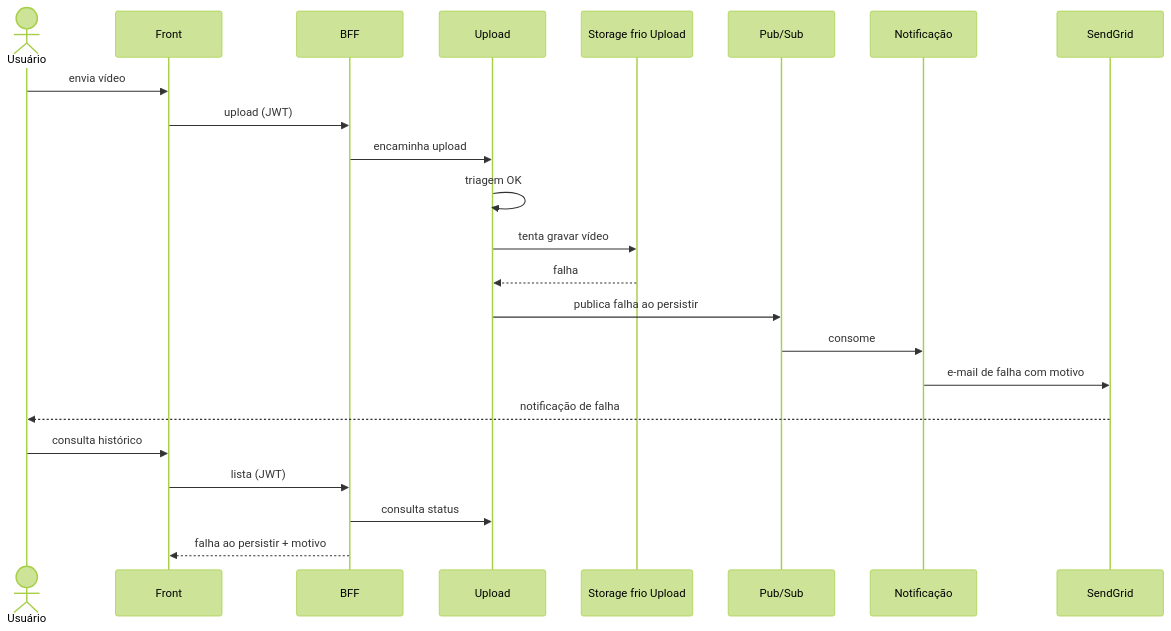
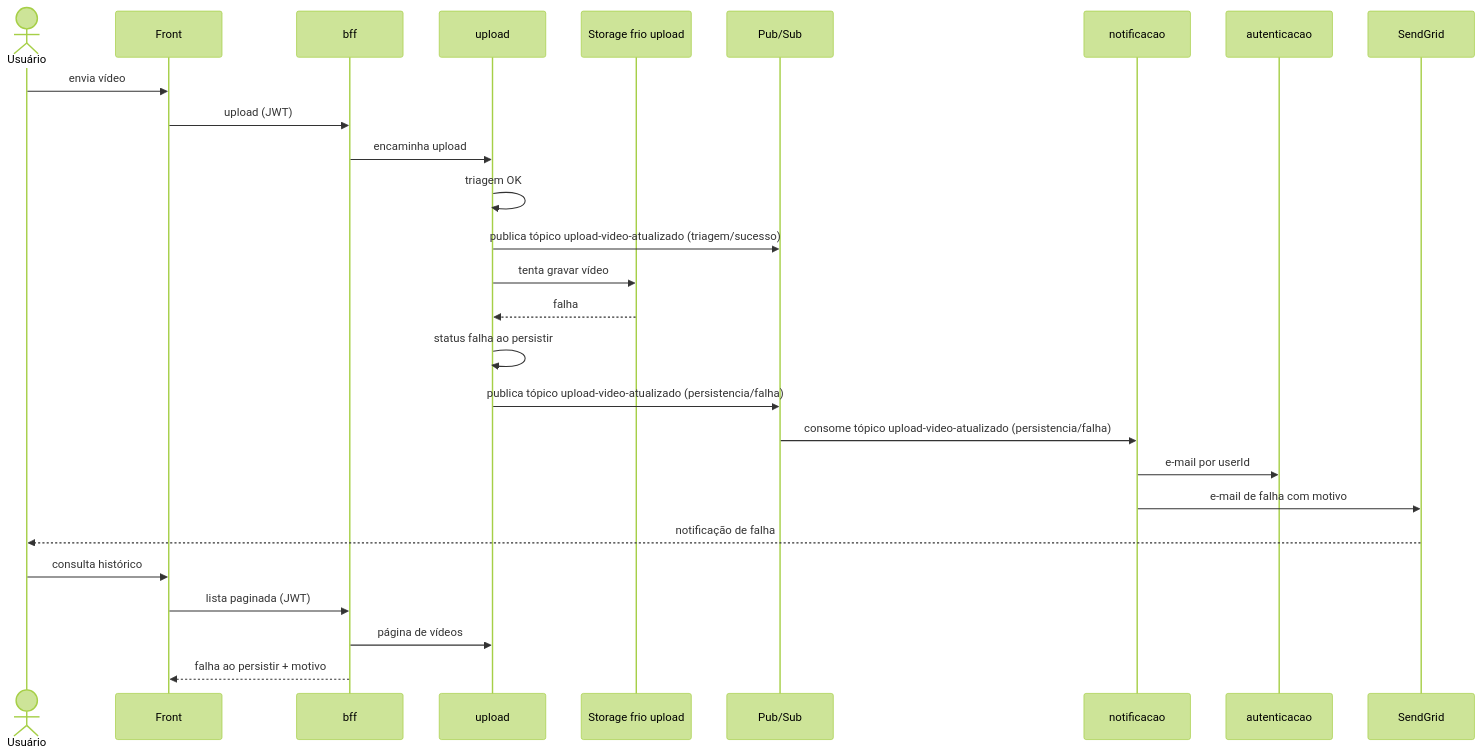
Before and after one commit to fiap-x-vcosta/docs: the diagram in fluxo-e-estados/04_falha-ao-persistir.md, drawn with Mermaid (forest theme). The commit also changed 38 other files, not shown here.

````diff
--- a/fluxo-e-estados/04_falha-ao-persistir.md
+++ b/fluxo-e-estados/04_falha-ao-persistir.md
@@ -1,26 +1,30 @@
 ```mermaid
 sequenceDiagram
   actor U as Usuário
   participant Web as Front
-  participant BFF as BFF
-  participant Up as Upload
-  participant FrioUp as Storage frio Upload
+  participant Bff as bff
+  participant Up as upload
+  participant FrioUp as Storage frio upload
   participant Bus as Pub/Sub
-  participant Notif as Notificação
+  participant Notif as notificacao
+  participant Auth as autenticacao
   participant SG as SendGrid
 
   U->>Web: envia vídeo
-  Web->>BFF: upload (JWT)
-  BFF->>Up: encaminha upload
+  Web->>Bff: upload (JWT)
+  Bff->>Up: encaminha upload
   Up->>Up: triagem OK
+  Up->>Bus: publica tópico upload-video-atualizado (triagem/sucesso)
   Up->>FrioUp: tenta gravar vídeo
   FrioUp-->>Up: falha
-  Up->>Bus: publica falha ao persistir
-  Bus->>Notif: consome
+  Up->>Up: status falha ao persistir
+  Up->>Bus: publica tópico upload-video-atualizado (persistencia/falha)
+  Bus->>Notif: consome tópico upload-video-atualizado (persistencia/falha)
+  Notif->>Auth: e-mail por userId
   Notif->>SG: e-mail de falha com motivo
   SG-->>U: notificação de falha
   U->>Web: consulta histórico
-  Web->>BFF: lista (JWT)
-  BFF->>Up: consulta status
-  BFF-->>Web: falha ao persistir + motivo
+  Web->>Bff: lista paginada (JWT)
+  Bff->>Up: página de vídeos
+  Bff-->>Web: falha ao persistir + motivo
 ```
````
